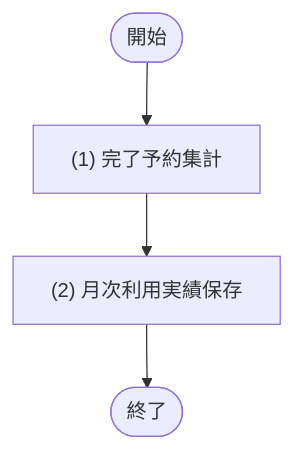
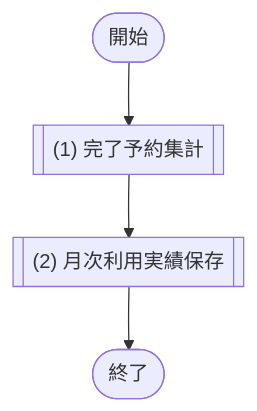
One commit to sikakou54/system-document-template changed the first of 3 diagrams in docs/03_機能設計/05_モジュール設計/MOD-005_利用実績サービス.md. Above: the diagram before and after it, drawn with Mermaid. The commit also changed other lines of this file and 28 other files, not shown here.

````diff
--- a/docs/03_機能設計/05_モジュール設計/MOD-005_利用実績サービス.md
+++ b/docs/03_機能設計/05_モジュール設計/MOD-005_利用実績サービス.md
@@ -46,9 +46,9 @@
 ```mermaid
 flowchart TD
   Start([開始])
-  P1["(1) 完了予約集計"]
-  P2["(2) 月次利用実績保存"]
+  P1[["(1) 完了予約集計"]]
+  P2[["(2) 月次利用実績保存"]]
   End([終了])
 
   Start --> P1 --> P2 --> End
 ```
````
